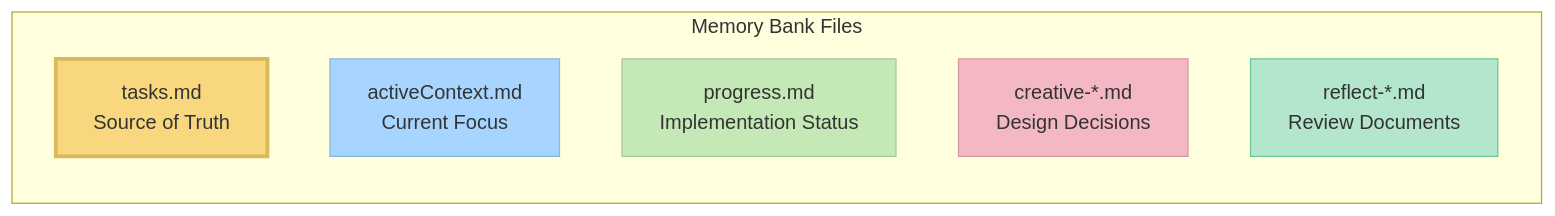
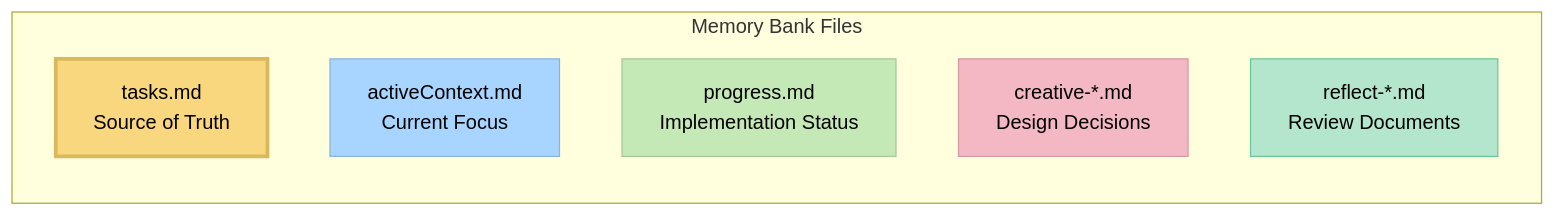
Before and after one commit to warking94/macrotrader: the second of 2 diagrams in README.md, drawn with Mermaid. The commit also changed 2 other files, not shown here.

Commit message:
Add color:black styling to all Mermaid diagrams for better readability

````diff
--- a/README.md
+++ b/README.md
@@ -244,16 +244,16 @@
 ```mermaid
 graph LR
     subgraph "Memory Bank Files"
         Tasks["tasks.md<br>Source of Truth"]
         Active["activeContext.md<br>Current Focus"]
         Progress["progress.md<br>Implementation Status"]
         Creative["creative-*.md<br>Design Decisions"]
         Reflect["reflect-*.md<br>Review Documents"]
     end
     
-    style Tasks fill:#f9d77e,stroke:#d9b95c,stroke-width:3px
-    style Active fill:#a8d5ff,stroke:#88b5e0
-    style Progress fill:#c5e8b7,stroke:#a5c897
-    style Creative fill:#f4b8c4,stroke:#d498a4
-    style Reflect fill:#b3e6cc,stroke:#66c999
+    style Tasks fill:#f9d77e,stroke:#d9b95c,stroke-width:3px,color:black
+    style Active fill:#a8d5ff,stroke:#88b5e0,color:black
+    style Progress fill:#c5e8b7,stroke:#a5c897,color:black
+    style Creative fill:#f4b8c4,stroke:#d498a4,color:black
+    style Reflect fill:#b3e6cc,stroke:#66c999,color:black
 ```
````
